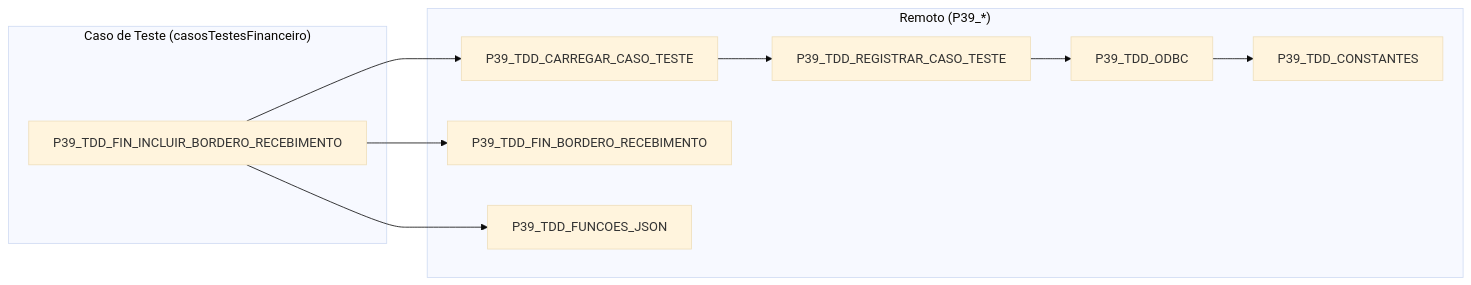
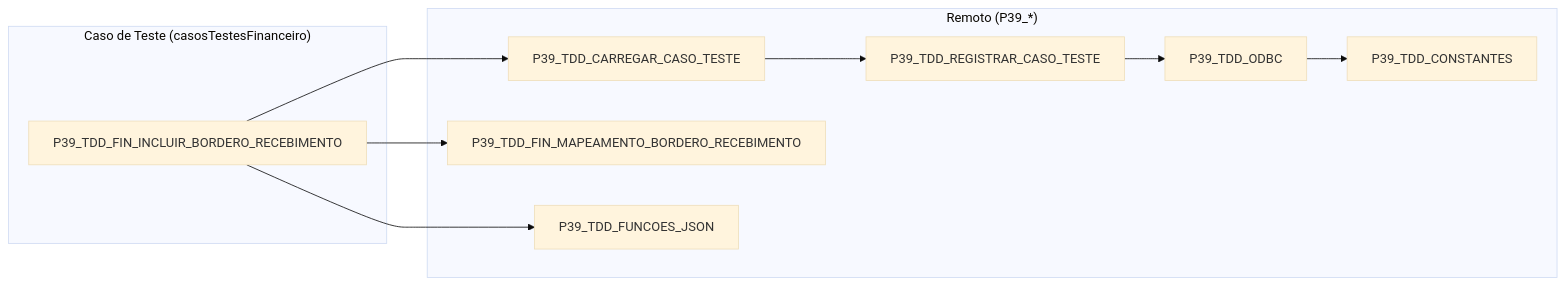
Before and after one commit to ModulosTestesAutomatizados/TestesAutomatizadosERP: the diagram in docs/MAPEAMENTO_AST_USES_UNITS/historico/financeiro/P39_TDD_FIN_INCLUIR_BORDERO_RECEBIMENTO.md, drawn with Mermaid (base theme). The commit also changed other lines of this file and 19 other files, not shown here.

````diff
--- a/docs/MAPEAMENTO_AST_USES_UNITS/historico/financeiro/P39_TDD_FIN_INCLUIR_BORDERO_RECEBIMENTO.md
+++ b/docs/MAPEAMENTO_AST_USES_UNITS/historico/financeiro/P39_TDD_FIN_INCLUIR_BORDERO_RECEBIMENTO.md
@@ -8,23 +8,23 @@
 ```mermaid
 flowchart LR
     subgraph CASO["Caso de Teste (casosTestesFinanceiro)"]
         INCLUIR["P39_TDD_FIN_INCLUIR_BORDERO_RECEBIMENTO"]
     end
 
     subgraph REMOTO["Remoto (P39_*)"]
         CARREGAR["P39_TDD_CARREGAR_CASO_TESTE"]
-        MAP_RECEB["P39_TDD_FIN_BORDERO_RECEBIMENTO"]
+        MAP_RECEB["P39_TDD_FIN_MAPEAMENTO_BORDERO_RECEBIMENTO"]
         REGISTRAR["P39_TDD_REGISTRAR_CASO_TESTE"]
         FUNCOES_JSON["P39_TDD_FUNCOES_JSON"]
         ODBC["P39_TDD_ODBC"]
         CONSTANTES["P39_TDD_CONSTANTES"]
     end
 
     INCLUIR --> CARREGAR
     INCLUIR --> MAP_RECEB
     INCLUIR --> FUNCOES_JSON
 
     CARREGAR --> REGISTRAR
     REGISTRAR --> ODBC
     ODBC --> CONSTANTES
 ```
````
